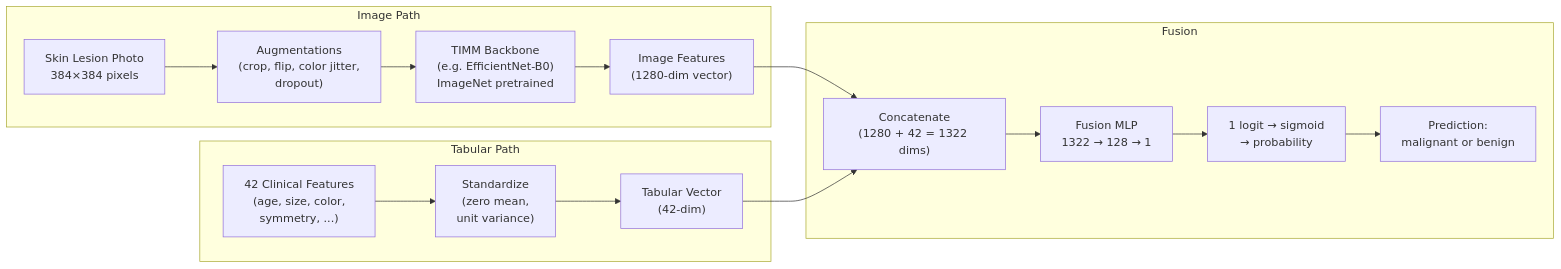
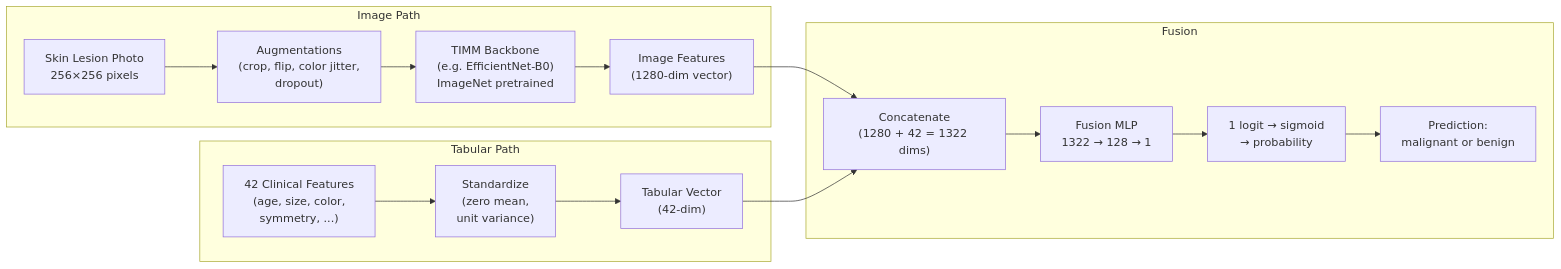
The second of 6 diagrams in ARCHITECTURE.md (RudraShivm/Skin-Cancer-Detection), drawn with Mermaid before and after one commit. The commit also changed other lines of this file and 9 other files, not shown here.

````diff
--- a/ARCHITECTURE.md
+++ b/ARCHITECTURE.md
@@ -65,28 +65,28 @@
 ```mermaid
 flowchart LR
     subgraph Image_Path["Image Path"]
-        IMG["Skin Lesion Photo<br/>384×384 pixels"]
+        IMG["Skin Lesion Photo<br/>256×256 pixels"]
         AUG["Augmentations<br/>(crop, flip, color jitter,<br/>dropout)"]
         BACKBONE["TIMM Backbone<br/>(e.g. EfficientNet-B0)<br/>ImageNet pretrained"]
         FEAT["Image Features<br/>(1280-dim vector)"]
     end
 
     subgraph Tabular_Path["Tabular Path"]
         TAB["42 Clinical Features<br/>(age, size, color,<br/>symmetry, ...)"]
         NORM["Standardize<br/>(zero mean,<br/>unit variance)"]
         TABOUT["Tabular Vector<br/>(42-dim)"]
     end
 
     subgraph Fusion["Fusion"]
         CONCAT["Concatenate<br/>(1280 + 42 = 1322 dims)"]
         MLP["Fusion MLP<br/>1322 → 128 → 1"]
         LOGIT["1 logit → sigmoid<br/>→ probability"]
         PRED["Prediction:<br/>malignant or benign"]
     end
 
     IMG --> AUG --> BACKBONE --> FEAT
     TAB --> NORM --> TABOUT
     FEAT --> CONCAT
     TABOUT --> CONCAT
     CONCAT --> MLP --> LOGIT --> PRED
 ```
````
